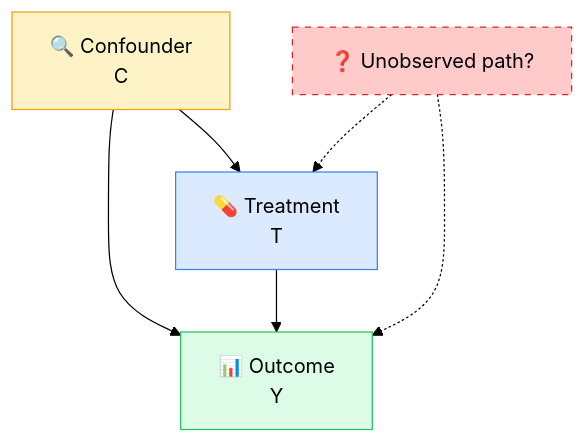
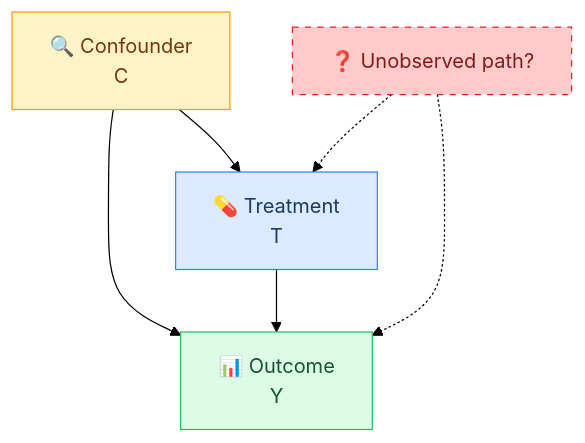
Before and after one commit to asq-sheriff/AI-Production-Checklist: the second of 4 diagrams in docs/ASSURED-INTELLIGENCE.md, drawn with Mermaid (forest theme). The commit also changed other lines of this file and 8 other files, not shown here.

First line of the commit message:
Fix text contrast in all Mermaid diagrams

````diff
--- a/docs/ASSURED-INTELLIGENCE.md
+++ b/docs/ASSURED-INTELLIGENCE.md
@@ -416,18 +416,18 @@
 ```mermaid
 flowchart TB
     C[🔍 Confounder<br/>C]
     T[💊 Treatment<br/>T]
     Y[📊 Outcome<br/>Y]
     U[❓ Unobserved path?]
 
     C --> T
     C --> Y
     T --> Y
     U -.-> T
     U -.-> Y
 
-    style C fill:#fef3c7,stroke:#f59e0b
-    style T fill:#dbeafe,stroke:#3b82f6
-    style Y fill:#dcfce7,stroke:#22c55e
-    style U fill:#fecaca,stroke:#dc2626,stroke-dasharray: 5 5
+    style C fill:#fef3c7,stroke:#f59e0b,color:#78350f
+    style T fill:#dbeafe,stroke:#3b82f6,color:#1e3a5f
+    style Y fill:#dcfce7,stroke:#22c55e,color:#14532d
+    style U fill:#fecaca,stroke:#dc2626,stroke-dasharray: 5 5,color:#7f1d1d
 ```
````
